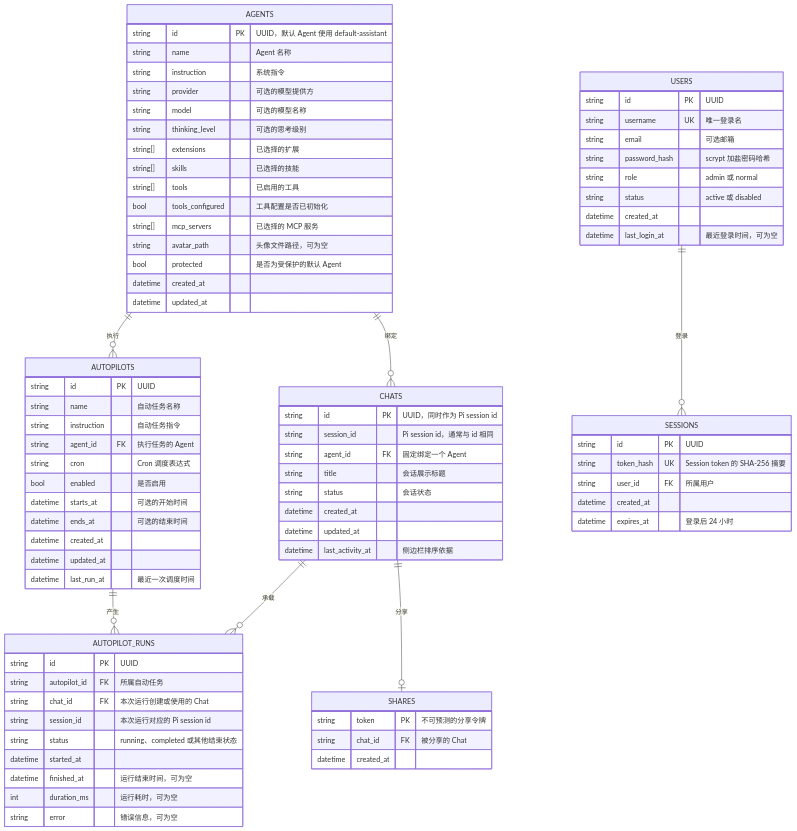
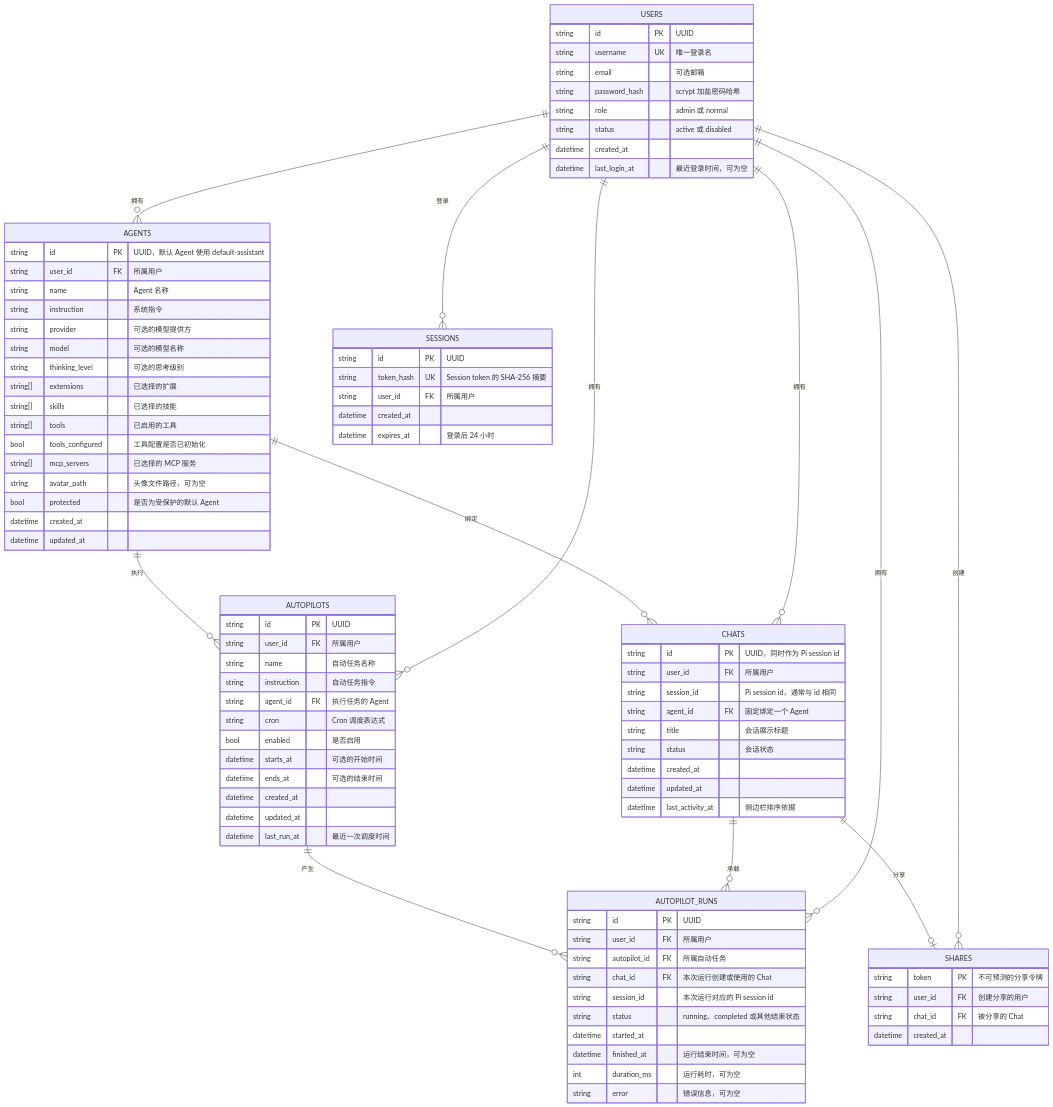
Before and after one commit to wyf0931/pi-rpc-pydemo: the diagram in docs/tinydb.md, drawn with Mermaid. The commit also changed other lines of this file and 1 other file, not shown here.

Commit message:
docs: document user ownership boundaries

```diff
--- a/docs/tinydb.md
+++ b/docs/tinydb.md
@@ -11,10 +11,16 @@
     AUTOPILOTS ||--o{ AUTOPILOT_RUNS : "产生"
     CHATS ||--o{ AUTOPILOT_RUNS : "承载"
     CHATS ||--o| SHARES : "分享"
+    USERS ||--o{ AGENTS : "拥有"
+    USERS ||--o{ CHATS : "拥有"
+    USERS ||--o{ AUTOPILOTS : "拥有"
+    USERS ||--o{ AUTOPILOT_RUNS : "拥有"
+    USERS ||--o{ SHARES : "创建"
     USERS ||--o{ SESSIONS : "登录"
 
     AGENTS {
         string id PK "UUID，默认 Agent 使用 default-assistant"
+        string user_id FK "所属用户"
         string name "Agent 名称"
         string instruction "系统指令"
         string provider "可选的模型提供方"
@@ -33,6 +39,7 @@
 
     CHATS {
         string id PK "UUID，同时作为 Pi session id"
+        string user_id FK "所属用户"
         string session_id "Pi session id，通常与 id 相同"
         string agent_id FK "固定绑定一个 Agent"
         string title "会话展示标题"
@@ -44,6 +51,7 @@
 
     AUTOPILOTS {
         string id PK "UUID"
+        string user_id FK "所属用户"
         string name "自动任务名称"
         string instruction "自动任务指令"
         string agent_id FK "执行任务的 Agent"
@@ -58,6 +66,7 @@
 
     AUTOPILOT_RUNS {
         string id PK "UUID"
+        string user_id FK "所属用户"
         string autopilot_id FK "所属自动任务"
         string chat_id FK "本次运行创建或使用的 Chat"
         string session_id "本次运行对应的 Pi session id"
@@ -70,6 +79,7 @@
 
     SHARES {
         string token PK "不可预测的分享令牌"
+        string user_id FK "创建分享的用户"
         string chat_id FK "被分享的 Chat"
         datetime created_at
     }
```
